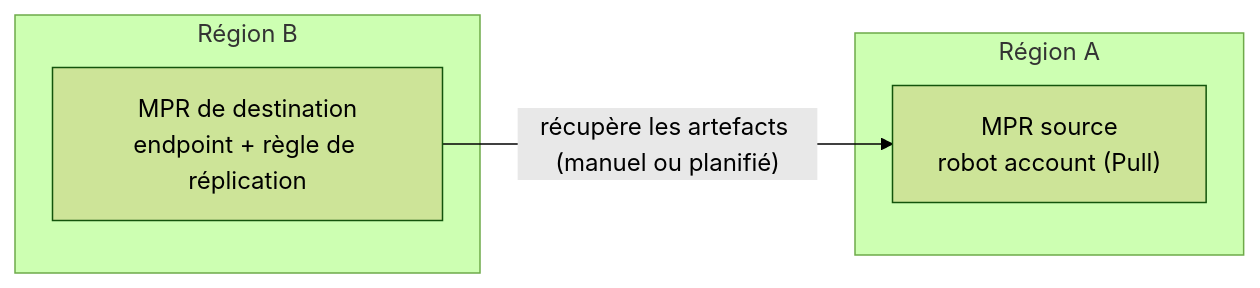
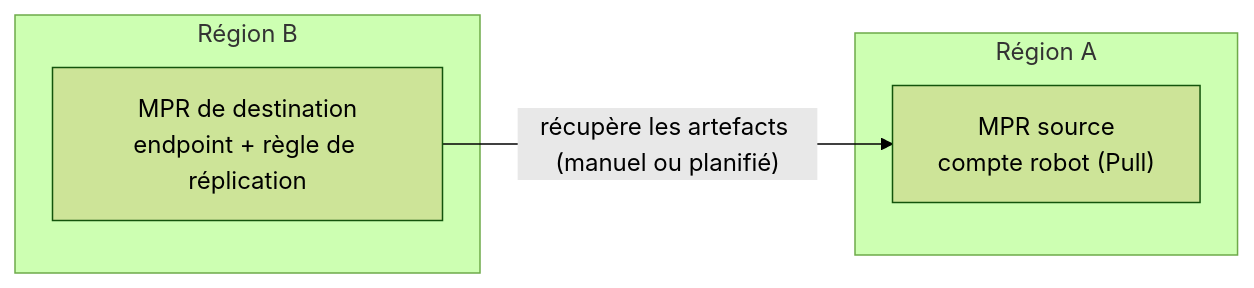
One commit to ovh/ovhcloud-docs changed the second of 2 diagrams in docs/fr/guides/public-cloud/containers-orchestration/managed-private-registry/configure-replication.mdx. Above: the diagram before and after it, drawn with Mermaid (forest theme). The commit also changed other lines of this file and 1 other file, not shown here.

First line of the commit message:
docs: proofreading MPR cross-region replication guide

````diff
--- a/docs/fr/guides/public-cloud/containers-orchestration/managed-private-registry/configure-replication.mdx
+++ b/docs/fr/guides/public-cloud/containers-orchestration/managed-private-registry/configure-replication.mdx
@@ -145,10 +154,10 @@
 ```mermaid
 flowchart LR
     subgraph A["Région A"]
-        SRC["MPR source<br/>robot account (Pull)"]
+        SRC["MPR source<br/>compte robot (Pull)"]
     end
     subgraph B["Région B"]
         DST["MPR de destination<br/>endpoint + règle de réplication"]
     end
     DST -- "récupère les artefacts (manuel ou planifié)" --> SRC
 ```
````
